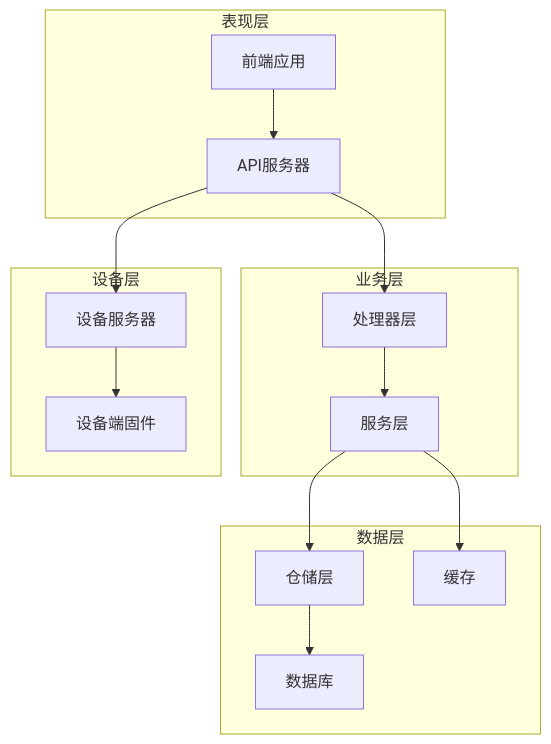
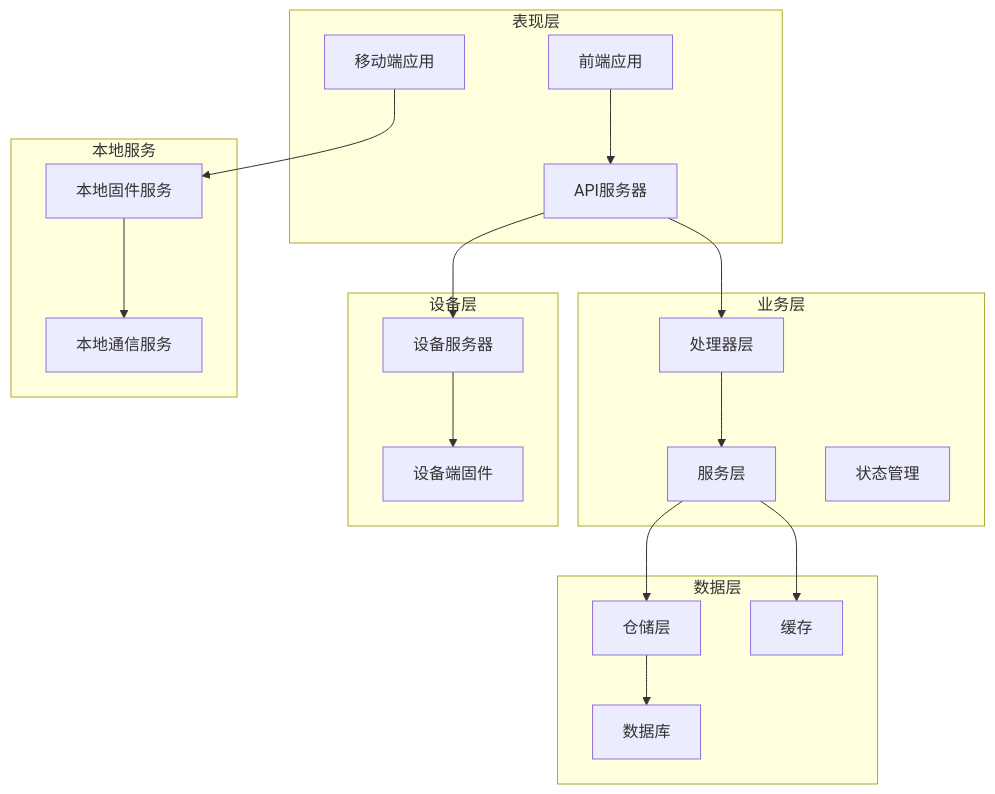
Before and after one commit to mcmrzy/cs_inv_monitor-develop: diagram 14 of 14 in .qoder/repowiki/zh/content/OTA升级系统/OTA升级系统.md, drawn with Mermaid. The commit also changed other lines of this file and 88 other files, not shown here.

````diff
--- a/.qoder/repowiki/zh/content/OTA升级系统/OTA升级系统.md
+++ b/.qoder/repowiki/zh/content/OTA升级系统/OTA升级系统.md
@@ -534,28 +727,36 @@
 ```mermaid
 graph TD
 subgraph "表现层"
 Frontend[前端应用]
 API[API服务器]
+Mobile[移动端应用]
 end
 subgraph "业务层"
 Handler[处理器层]
 Service[服务层]
+Bloc[状态管理]
 end
 subgraph "数据层"
 Repository[仓储层]
 Database[数据库]
 Cache[缓存]
 end
 subgraph "设备层"
 DeviceServer[设备服务器]
 Device[设备端固件]
 end
+subgraph "本地服务"
+LocalComm[本地通信服务]
+LocalFW[本地固件服务]
+end
 Frontend --> API
+Mobile --> LocalFW
+LocalFW --> LocalComm
 API --> Handler
 Handler --> Service
 Service --> Repository
 Repository --> Database
 Service --> Cache
 DeviceServer --> Device
 API --> DeviceServer
 ```
````
